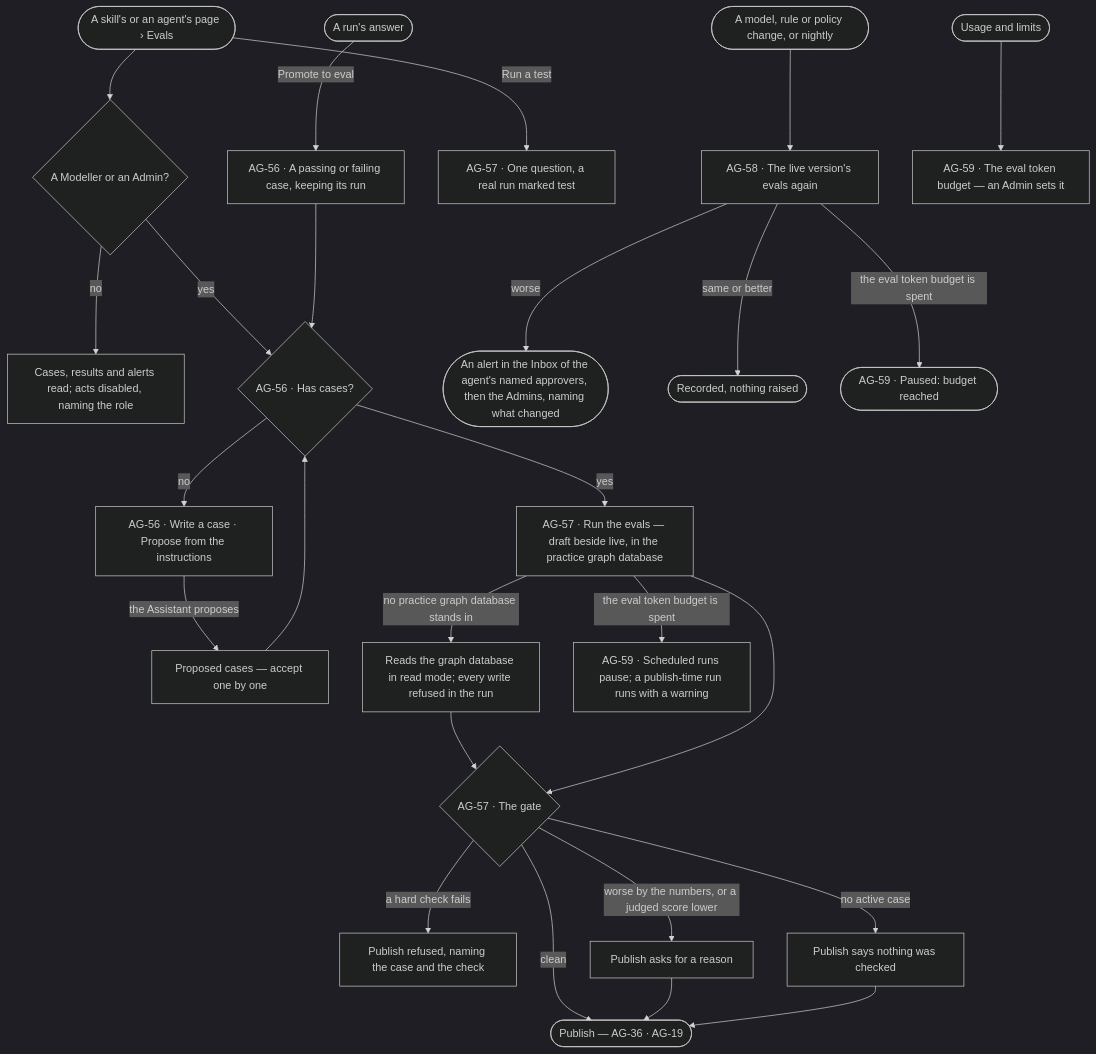
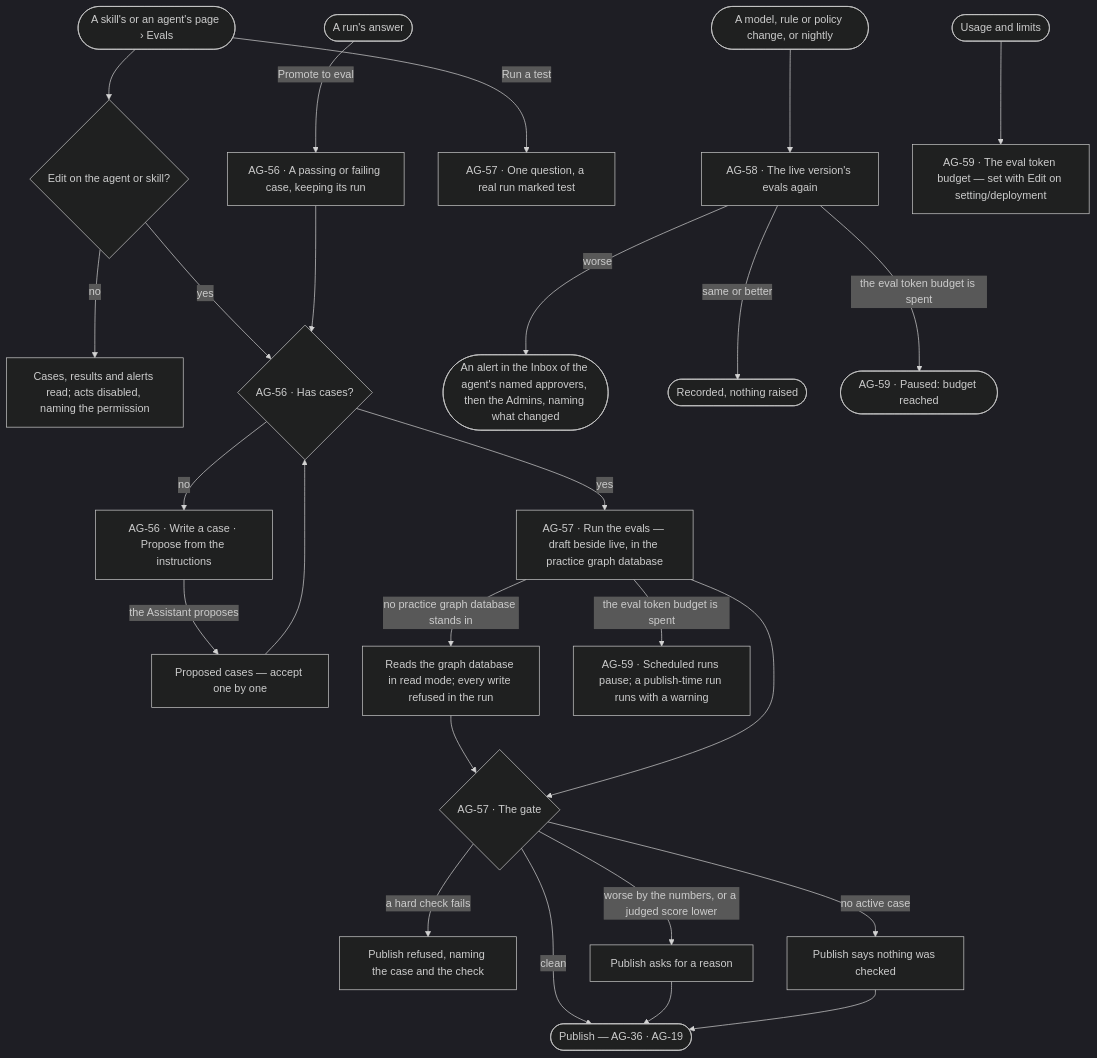
The first of 2 diagrams in specs/capabilities/agents/features/AG-F10-test-an-agent-and-a-skill/feature.md (invana/invana), drawn with Mermaid (dark theme) before and after one commit. The commit also changed other lines of this file and 228 other files, not shown here.

````diff
--- a/specs/capabilities/agents/features/AG-F10-test-an-agent-and-a-skill/feature.md
+++ b/specs/capabilities/agents/features/AG-F10-test-an-agent-and-a-skill/feature.md
@@ -26,28 +26,28 @@
 ```mermaid
 flowchart TD
-  start([A skill's or an agent's page › Evals]) --> may{"A Modeller or an Admin?"}
-  may -->|no| ro["Cases, results and alerts read; acts disabled, naming the role"]
+  start([A skill's or an agent's page › Evals]) --> may{"Edit on the agent or skill?"}
+  may -->|no| ro["Cases, results and alerts read; acts disabled, naming the permission"]
   may -->|yes| set{"AG-56 · Has cases?"}
   set -->|no| pr["AG-56 · Write a case · Propose from the instructions"]
   pr -->|the Assistant proposes| pc["Proposed cases — accept one by one"]
   pc --> set
   run([A run's answer]) -->|Promote to eval| c["AG-56 · A passing or failing case, keeping its run"]
   c --> set
   set -->|yes| ev["AG-57 · Run the evals — draft beside live, in the practice graph database"]
   start -->|Run a test| t["AG-57 · One question, a real run marked test"]
   ev -->|no practice graph database stands in| rm["Reads the graph database in read mode; every write refused in the run"]
   rm --> gate
   ev --> gate{"AG-57 · The gate"}
   gate -->|a hard check fails| b["Publish refused, naming the case and the check"]
   gate -->|worse by the numbers, or a judged score lower| w["Publish asks for a reason"]
   gate -->|clean| p(["Publish — AG-36 · AG-19"])
   gate -->|no active case| nc["Publish says nothing was checked"]
   w --> p
   nc --> p
   d([A model, rule or policy change, or nightly]) --> dr["AG-58 · The live version's evals again"]
   dr -->|worse| al(["An alert in the Inbox of the agent's named approvers, then the Admins, naming what changed"])
   dr -->|same or better| ok(["Recorded, nothing raised"])
   ev -->|the eval token budget is spent| bz["AG-59 · Scheduled runs pause; a publish-time run runs with a warning"]
   dr -->|the eval token budget is spent| pz(["AG-59 · Paused: budget reached"])
-  adm([Usage and limits]) --> bud["AG-59 · The eval token budget — an Admin sets it"]
+  adm([Usage and limits]) --> bud["AG-59 · The eval token budget — set with Edit on setting/deployment"]
 ```
````
